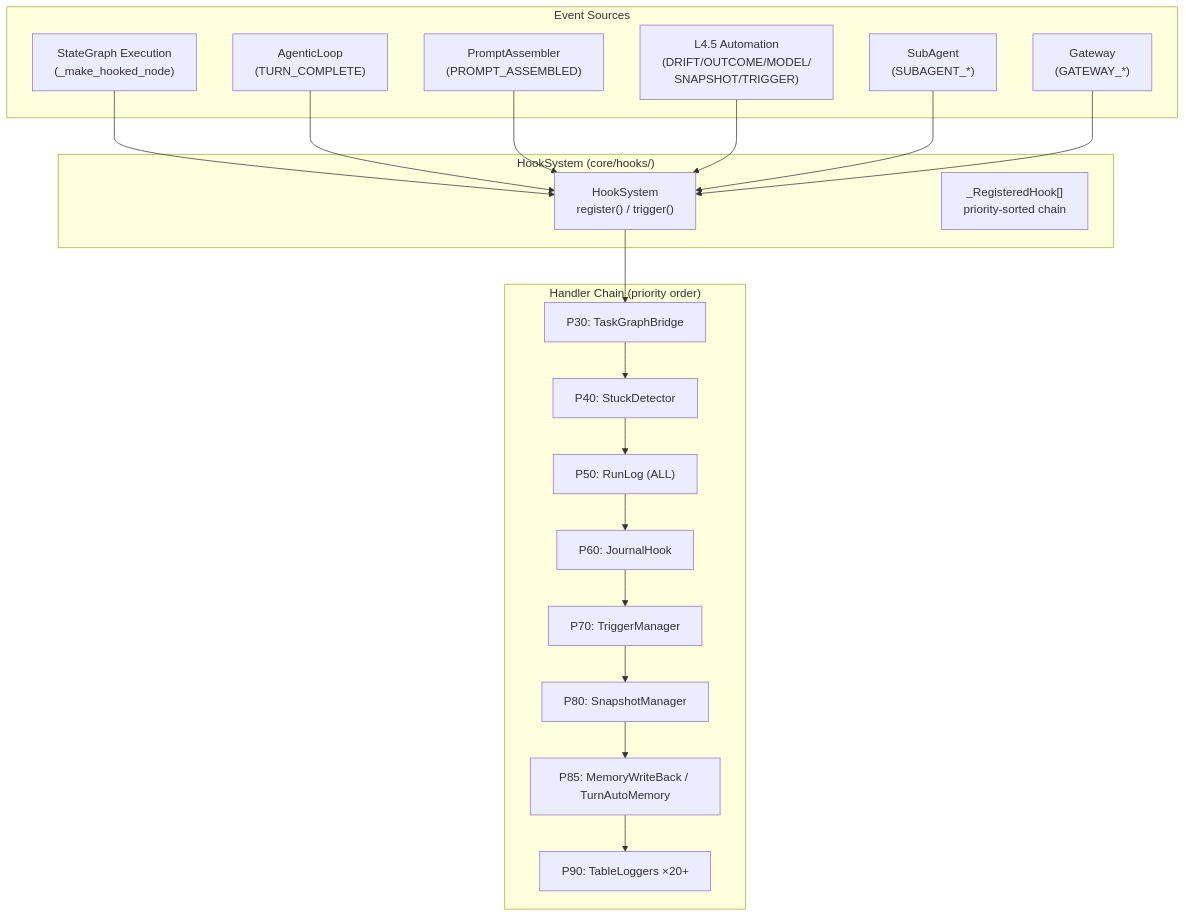
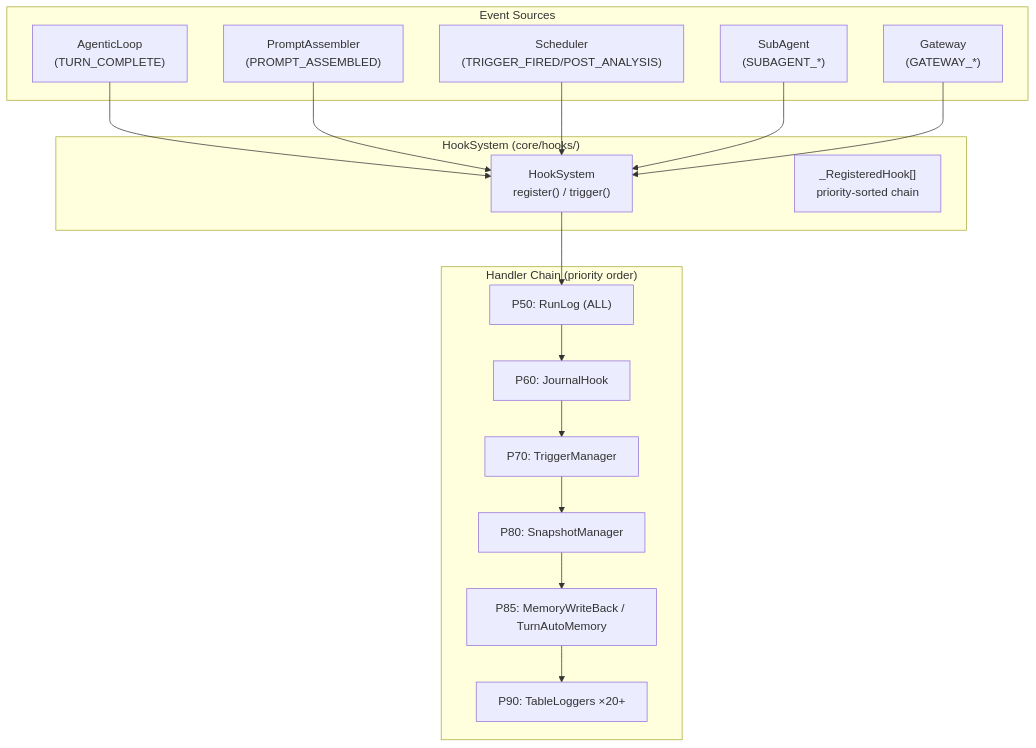
The diagram in docs/architecture/hook-system.en.md (mangowhoiscloud/geode), drawn with Mermaid before and after one commit. The commit also changed other lines of this file and 63 other files, not shown here.

First line of the commit message:
refactor(hooks): delete dead analysis-pipeline event family + L4.5 automation chain (v0.99.149)

````diff
--- a/docs/architecture/hook-system.en.md
+++ b/docs/architecture/hook-system.en.md
@@ -92,35 +81,31 @@
 ```mermaid
 graph TB
     subgraph "Event Sources"
-        SG["StateGraph Execution<br/>(_make_hooked_node)"]
         AL["AgenticLoop<br/>(TURN_COMPLETE)"]
         PA["PromptAssembler<br/>(PROMPT_ASSEMBLED)"]
-        L45["L4.5 Automation<br/>(DRIFT/OUTCOME/MODEL/<br/>SNAPSHOT/TRIGGER)"]
+        SCH["Scheduler<br/>(TRIGGER_FIRED/POST_ANALYSIS)"]
         SA["SubAgent<br/>(SUBAGENT_*)"]
         GW["Gateway<br/>(GATEWAY_*)"]
     end
 
     subgraph "HookSystem (core/hooks/)"
         HS["HookSystem<br/>register() / trigger()"]
         RH["_RegisteredHook[]<br/>priority-sorted chain"]
     end
 
     subgraph "Handler Chain (priority order)"
-        P30["P30: TaskGraphBridge"]
-        P40["P40: StuckDetector"]
         P50["P50: RunLog (ALL)"]
         P60["P60: JournalHook"]
         P70["P70: TriggerManager"]
         P80["P80: SnapshotManager"]
         P85["P85: MemoryWriteBack / TurnAutoMemory"]
         P90["P90: TableLoggers ×20+"]
     end
 
-    SG --> HS
     AL --> HS
     PA --> HS
-    L45 --> HS
+    SCH --> HS
     SA --> HS
     GW --> HS
-    HS --> P30 --> P40 --> P50 --> P60 --> P70 --> P80 --> P85 --> P90
+    HS --> P50 --> P60 --> P70 --> P80 --> P85 --> P90
 ```
````
